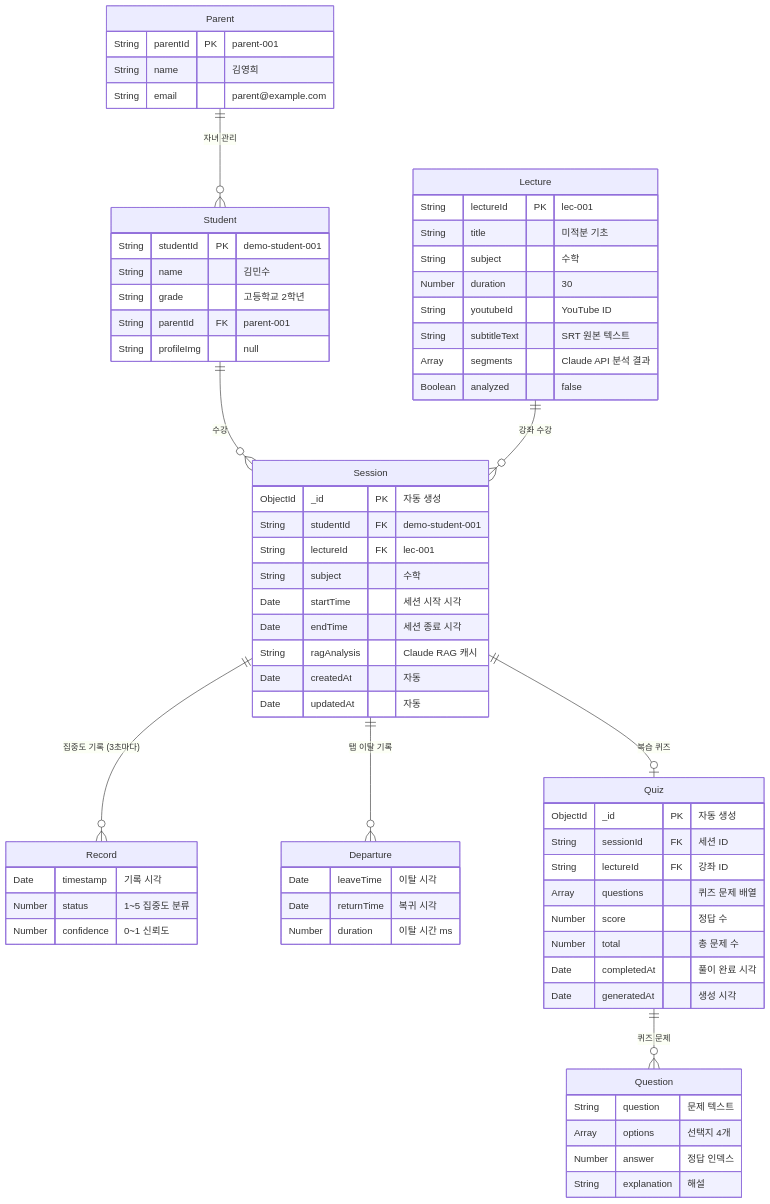
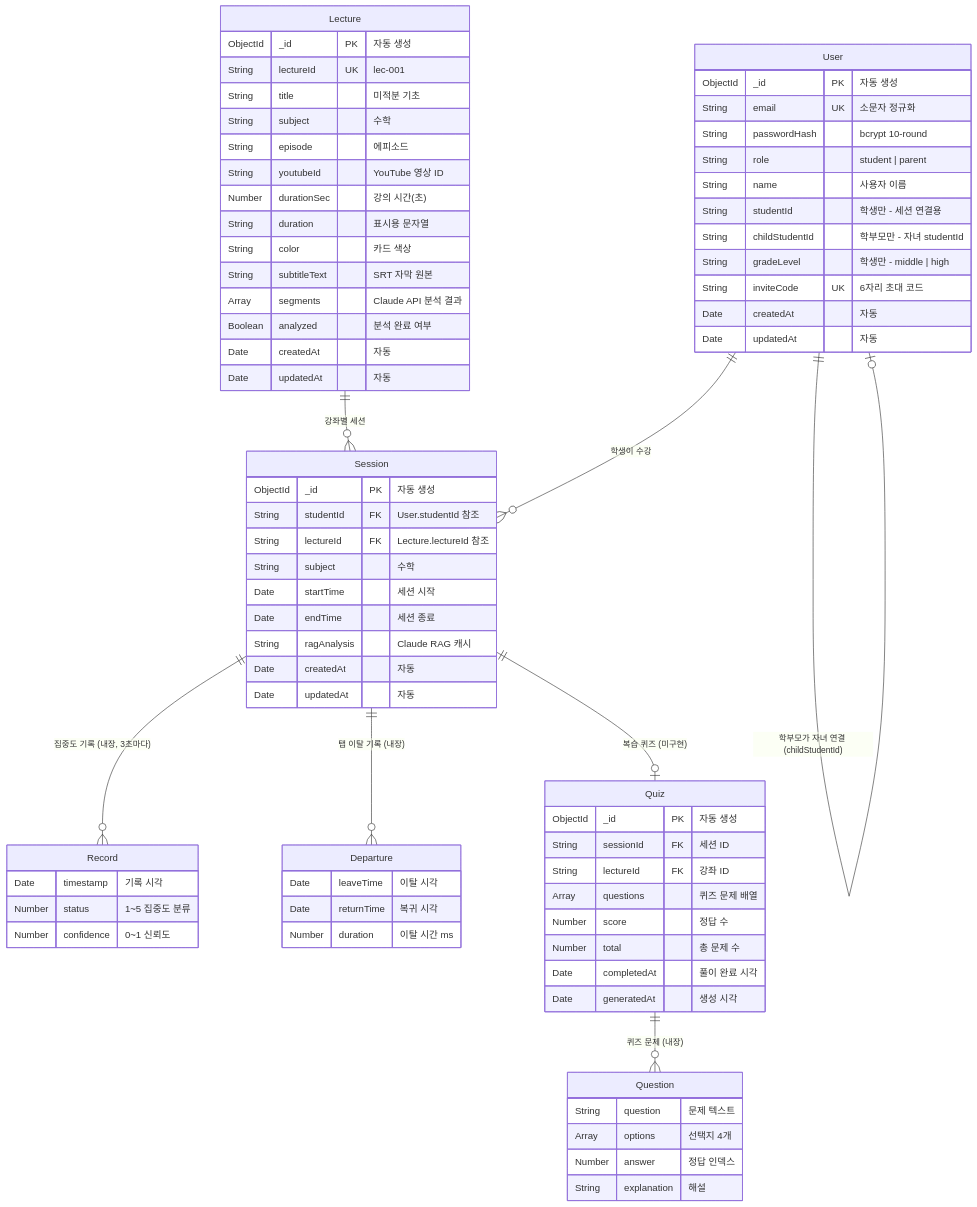
One commit to mck1902/KIT_Vibecoding_contest changed the diagram in docs/erd.mermaid. Above: the diagram before and after it, drawn with Mermaid. The commit also changed 1 other file, not shown here.

Commit message:
docs: ERD 스키마 업데이트 — User 통합 모델, Lecture 필드 보강
- Student/Parent 분리 → User 통합 모델(role 기반)로 ERD 변경
- Lecture에 episode, durationSec, color 등 실제 구현 필드 반영
- 관계 설명 보강 (내장 문서, 미구현 표시)
- frontend 의존성 lock 파일 동기화

```diff
--- a/docs/erd.mermaid
+++ b/docs/erd.mermaid
@@ -1,75 +1,81 @@
 erDiagram
-    Student {
-        String studentId PK "demo-student-001"
-        String name "김민수"
-        String grade "고등학교 2학년"
-        String parentId FK "parent-001"
-        String profileImg "null"
-    }
-
-    Parent {
-        String parentId PK "parent-001"
-        String name "김영희"
-        String email "parent@example.com"
+    User {
+        ObjectId _id PK "자동 생성"
+        String email UK "소문자 정규화"
+        String passwordHash "bcrypt 10-round"
+        String role "student | parent"
+        String name "사용자 이름"
+        String studentId "학생만 - 세션 연결용"
+        String childStudentId "학부모만 - 자녀 studentId"
+        String gradeLevel "학생만 - middle | high"
+        String inviteCode UK "6자리 초대 코드"
+        Date createdAt "자동"
+        Date updatedAt "자동"
     }
 
     Lecture {
-        String lectureId PK "lec-001"
+        ObjectId _id PK "자동 생성"
+        String lectureId UK "lec-001"
         String title "미적분 기초"
         String subject "수학"
-        Number duration "30"
-        String youtubeId "YouTube ID"
-        String subtitleText "SRT 원본 텍스트"
+        String episode "에피소드"
+        String youtubeId "YouTube 영상 ID"
+        Number durationSec "강의 시간(초)"
+        String duration "표시용 문자열"
+        String color "카드 색상"
+        String subtitleText "SRT 자막 원본"
         Array segments "Claude API 분석 결과"
-        Boolean analyzed "false"
+        Boolean analyzed "분석 완료 여부"
+        Date createdAt "자동"
+        Date updatedAt "자동"
     }
 
     Session {
         ObjectId _id PK "자동 생성"
-        String studentId FK "demo-student-001"
-        String lectureId FK "lec-001"
+        String studentId FK "User.studentId 참조"
+        String lectureId FK "Lecture.lectureId 참조"
         String subject "수학"
-        Date startTime "세션 시작 시각"
-        Date endTime "세션 종료 시각"
+        Date startTime "세션 시작"
+        Date endTime "세션 종료"
         String ragAnalysis "Claude RAG 캐시"
         Date createdAt "자동"
         Date updatedAt "자동"
     }
 
     Record {
         Date timestamp "기록 시각"
         Number status "1~5 집중도 분류"
         Number confidence "0~1 신뢰도"
     }
 
     Departure {
         Date leaveTime "이탈 시각"
         Date returnTime "복귀 시각"
         Number duration "이탈 시간 ms"
     }
 
     Quiz {
         ObjectId _id PK "자동 생성"
         String sessionId FK "세션 ID"
         String lectureId FK "강좌 ID"
         Array questions "퀴즈 문제 배열"
         Number score "정답 수"
         Number total "총 문제 수"
         Date completedAt "풀이 완료 시각"
         Date generatedAt "생성 시각"
     }
 
     Question {
         String question "문제 텍스트"
         Array options "선택지 4개"
         Number answer "정답 인덱스"
         String explanation "해설"
     }
 
-    Student ||--o{ Session : "수강"
-    Parent ||--o{ Student : "자녀 관리"
-    Lecture ||--o{ Session : "강좌 수강"
-    Session ||--o{ Record : "집중도 기록 (3초마다)"
-    Session ||--o{ Departure : "탭 이탈 기록"
-    Session ||--o| Quiz : "복습 퀴즈"
-    Quiz ||--o{ Question : "퀴즈 문제"
+    User ||--o{ Session : "학생이 수강"
+    User ||--o| User : "학부모가 자녀 연결 (childStudentId)"
+    Lecture ||--o{ Session : "강좌별 세션"
+    Session ||--o{ Record : "집중도 기록 (내장, 3초마다)"
+    Session ||--o{ Departure : "탭 이탈 기록 (내장)"
+    Session ||--o| Quiz : "복습 퀴즈 (미구현)"
+    Quiz ||--o{ Question : "퀴즈 문제 (내장)"
```
